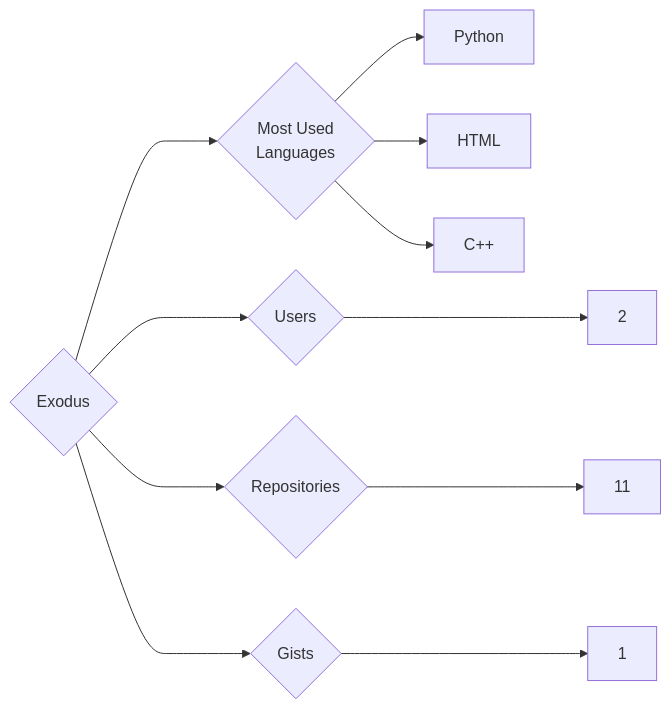
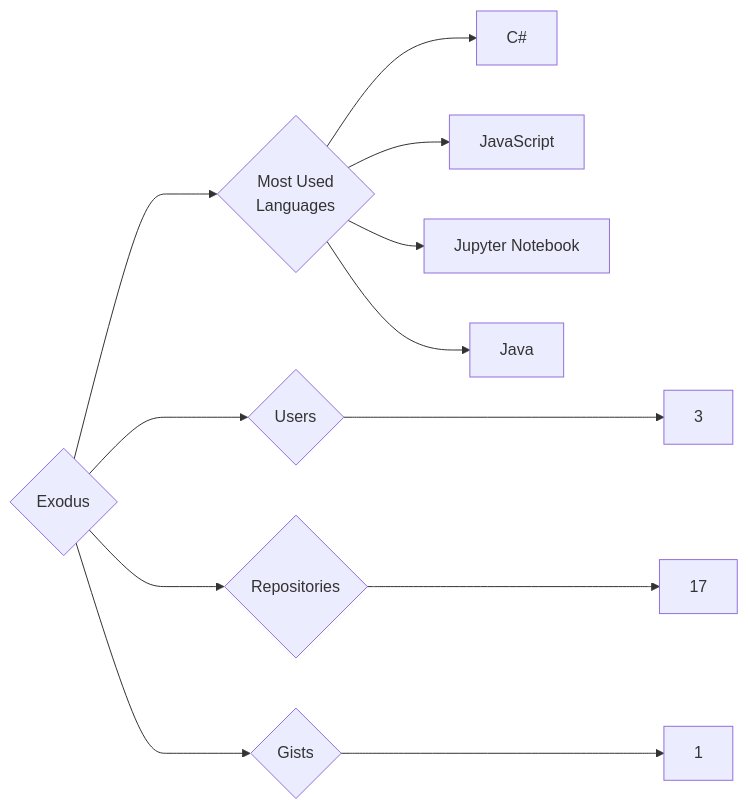
One commit to trickest/insiders changed the diagram in targets/Exodus/README.md. Above: the diagram before and after it, drawn with Mermaid. The commit also changed 1170 other files, not shown here.

````diff
--- a/targets/Exodus/README.md
+++ b/targets/Exodus/README.md
@@ -3,11 +3,12 @@
 ```mermaid
 graph LR
 COMPANY_NAME{Exodus}
-COMPANY_NAME ---> U{Users} ---> UN[2]
-COMPANY_NAME ---> R{Repositories} ---> RN[11]
+COMPANY_NAME ---> U{Users} ---> UN[3]
+COMPANY_NAME ---> R{Repositories} ---> RN[17]
 COMPANY_NAME ---> G{Gists} ---> GN[1]
 COMPANY_NAME ---> ML{Most Used<br>Languages}
-ML --> Python[Python]
-ML --> HTML[HTML]
-ML --> C++[C++]
+ML --> C#[C#]
+ML --> JavaScript[JavaScript]
+ML --> Jupyter_Notebook[Jupyter Notebook]
+ML --> Java[Java]
 ```
````
